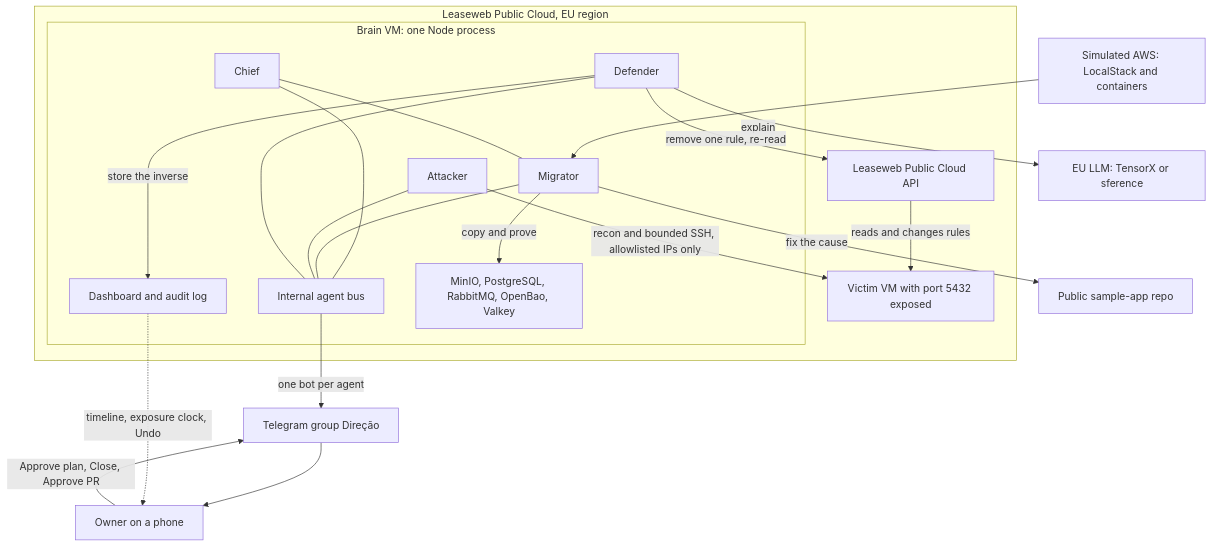
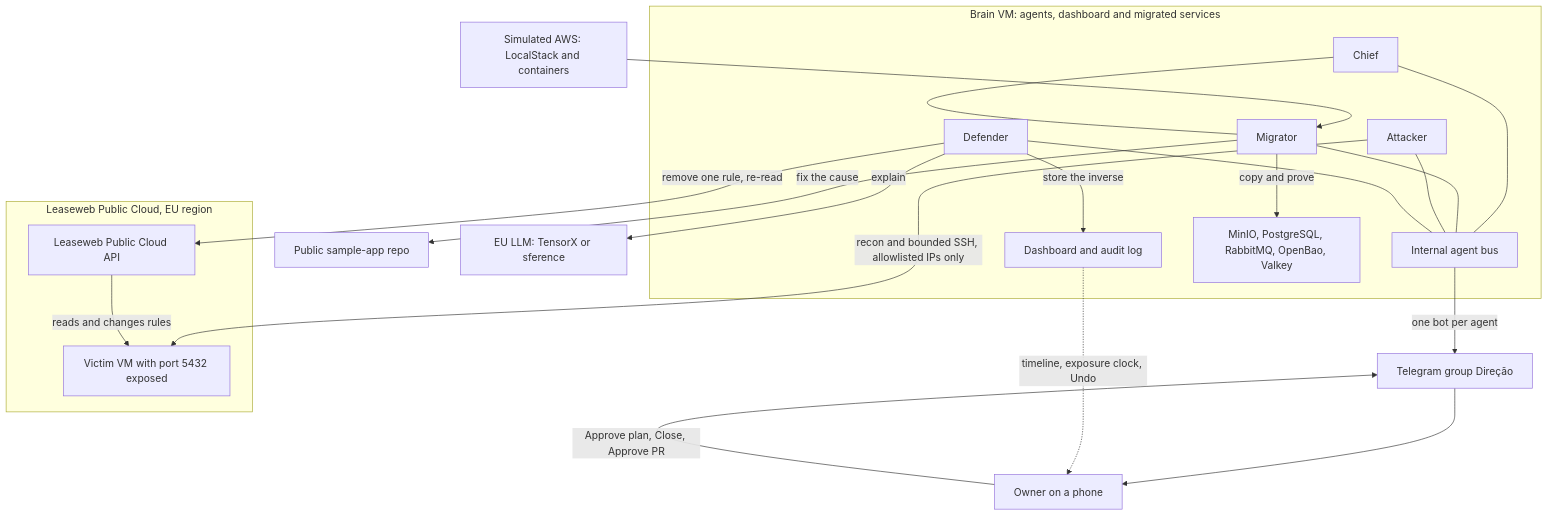
One commit to guilhermepferreira0429/hack-leaseweb changed the diagram in README.md. Above: the diagram before and after it, drawn with Mermaid. The commit also changed other lines of this file and 1 other file, not shown here.

Commit message:
Correct lab topology in the architecture diagrams

````diff
--- a/README.md
+++ b/README.md
@@ -55,37 +55,38 @@
 ```mermaid
 flowchart TB
     TG["Telegram group Direção"]
     Owner["Owner on a phone"]
 
+    subgraph Brain["Brain VM: agents, dashboard and migrated services"]
+        Bus["Internal agent bus"]
+        Chief["Chief"]
+        Mig["Migrator"]
+        Atk["Attacker"]
+        Def["Defender"]
+        Panel["Dashboard and audit log"]
+        Store["MinIO, PostgreSQL, RabbitMQ, OpenBao, Valkey"]
+    end
+
     subgraph Cloud["Leaseweb Public Cloud, EU region"]
-        subgraph Brain["Brain VM: one Node process"]
-            Bus["Internal agent bus"]
-            Chief["Chief"]
-            Mig["Migrator"]
-            Atk["Attacker"]
-            Def["Defender"]
-            Panel["Dashboard and audit log"]
-            Store["MinIO, PostgreSQL, RabbitMQ, OpenBao, Valkey"]
-        end
         Victim["Victim VM with port 5432 exposed"]
         API["Leaseweb Public Cloud API"]
     end
 
     Source["Simulated AWS: LocalStack and containers"] --> Mig
     Mig -->|"copy and prove"| Store
     Mig -->|"fix the cause"| Repo["Public sample-app repo"]
     Chief --- Mig
     Chief --- Bus
     Mig --- Bus
     Atk --- Bus
     Def --- Bus
     Bus -->|"one bot per agent"| TG
     TG --> Owner
     Owner -->|"Approve plan, Close, Approve PR"| TG
     Atk -->|"recon and bounded SSH, allowlisted IPs only"| Victim
     Def -->|"explain"| LLM["EU LLM: TensorX or sference"]
     Def -->|"remove one rule, re-read"| API
     API -->|"reads and changes rules"| Victim
     Def -->|"store the inverse"| Panel
     Panel -.->|"timeline, exposure clock, Undo"| Owner
 ```
````
